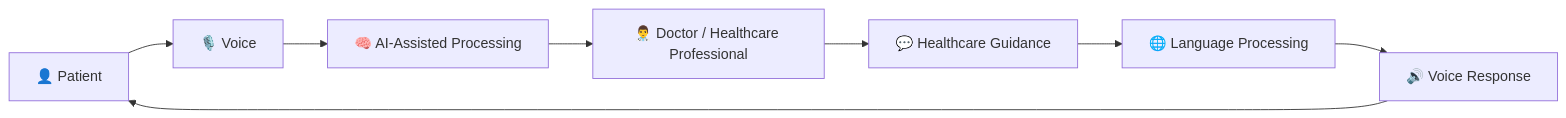
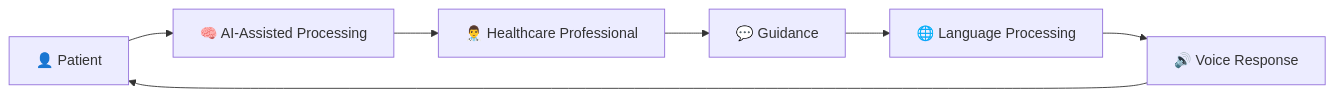
Before and after one commit to anshika-dev23/Swasthya-Setu: the third of 8 diagrams in README.md, drawn with Mermaid. The commit also changed other lines of this file, not shown here.

````diff
--- a/README.md
+++ b/README.md
@@ -337,18 +315,16 @@
 ```mermaid
 flowchart LR
 
 P["👤 Patient"]
---> V["🎙️ Voice"]
+--> AI["🧠 AI-Assisted Processing"]
 
-V --> AI["🧠 AI-Assisted Processing"]
+AI --> H["👨‍⚕️ Healthcare Professional"]
 
-AI --> D["👨‍⚕️ Doctor / Healthcare Professional"]
+H --> G["💬 Guidance"]
 
-D --> R["💬 Healthcare Guidance"]
+G --> T["🌐 Language Processing"]
 
-R --> T["🌐 Language Processing"]
+T --> V["🔊 Voice Response"]
 
-T --> O["🔊 Voice Response"]
-
-O --> P
+V --> P
 ```
````
